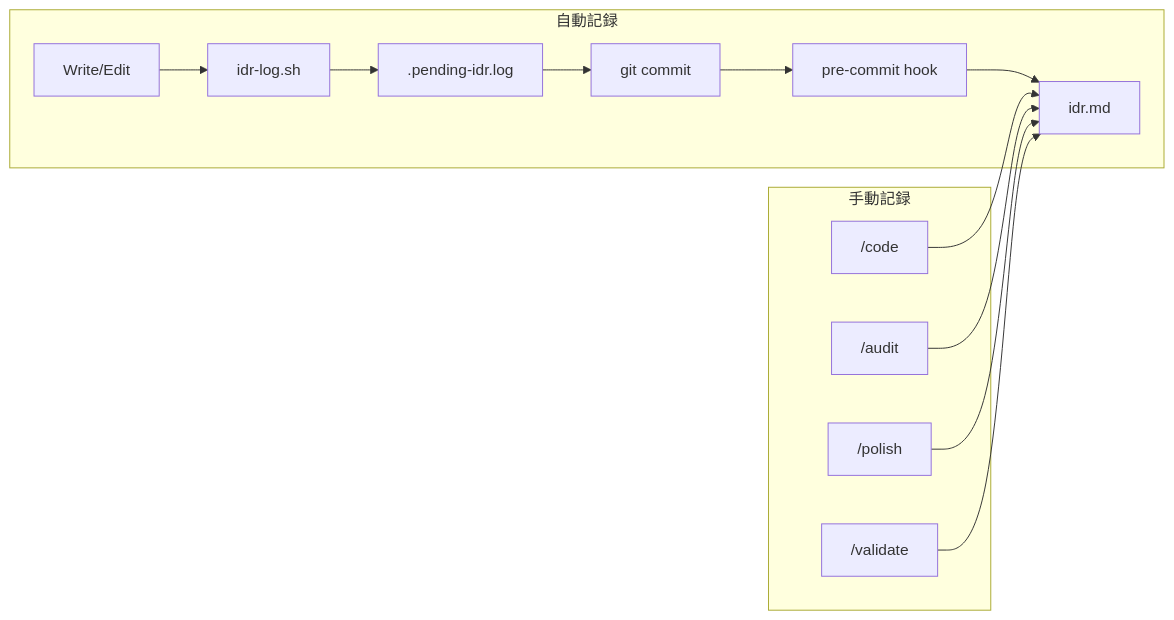
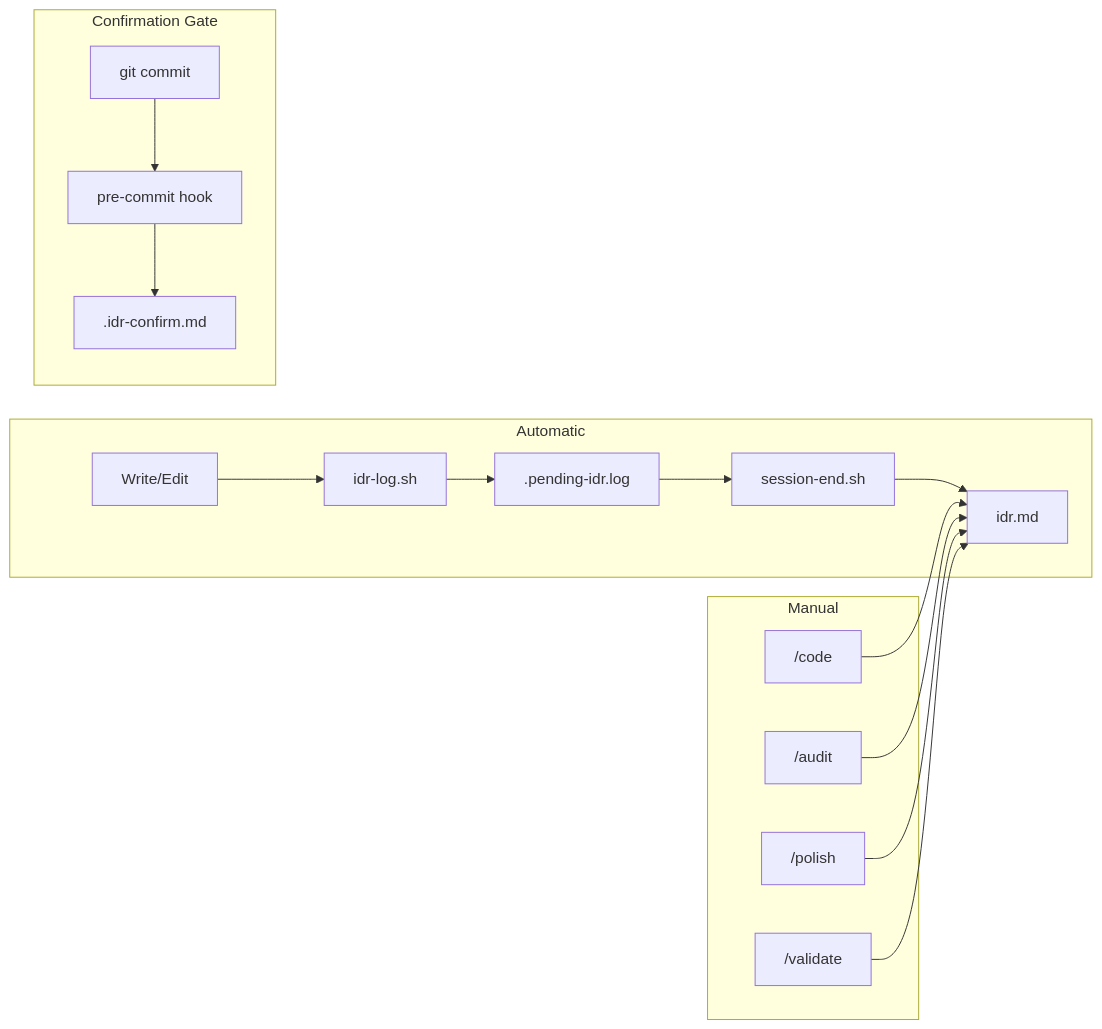
Before and after one commit to thkt/dotclaude: the diagram in rules/workflows/IDR_GENERATION.md, drawn with Mermaid. The commit also changed other lines of this file and 3 other files, not shown here.

First line of the commit message:
refactor(idr): separate confirmation gate from recording

````diff
--- a/rules/workflows/IDR_GENERATION.md
+++ b/rules/workflows/IDR_GENERATION.md
@@ -47,17 +52,21 @@
 ```mermaid
 flowchart LR
-    subgraph Auto["自動記録"]
+    subgraph Auto["Automatic"]
         W[Write/Edit] --> L[idr-log.sh]
         L --> P[.pending-idr.log]
-        P --> C[git commit]
-        C --> H[pre-commit hook]
-        H --> IDR[idr.md]
+        P --> S[session-end.sh]
+        S --> IDR[idr.md]
     end
 
-    subgraph Manual["手動記録"]
+    subgraph Gate["Confirmation Gate"]
+        C[git commit] --> H[pre-commit hook]
+        H --> CF[.idr-confirm.md]
+    end
+
+    subgraph Manual["Manual"]
         CODE["/code"] --> IDR
         AUDIT["/audit"] --> IDR
         POLISH["/polish"] --> IDR
         VAL["/validate"] --> IDR
     end
 ```
````
